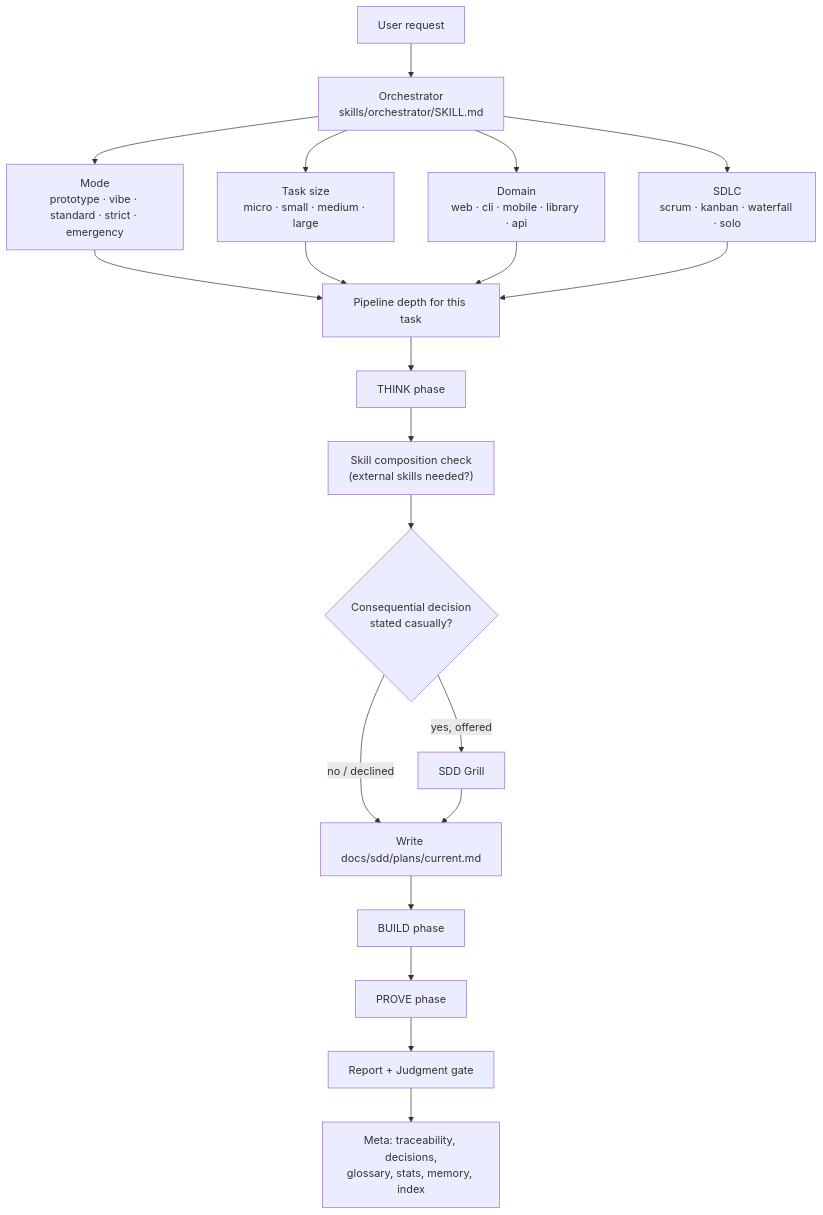
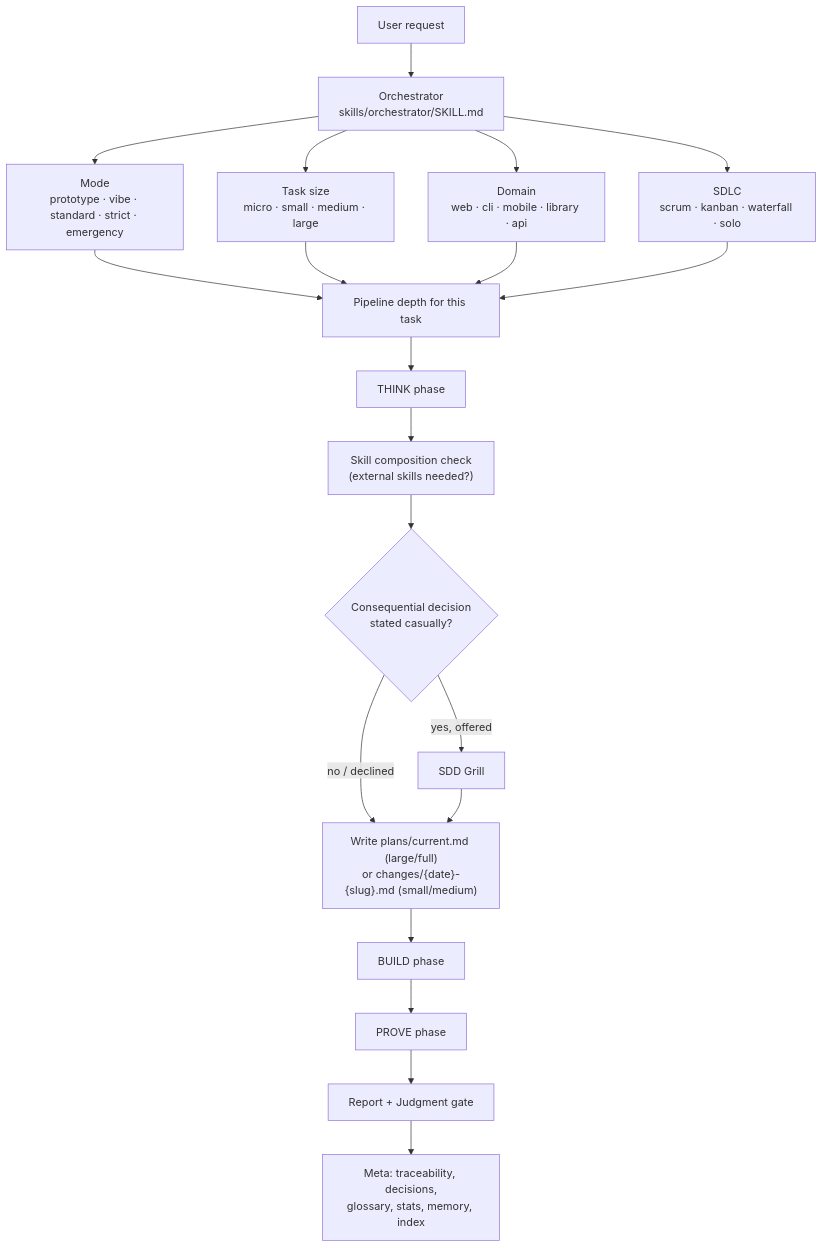
One commit to fprtm/sdd-pipeline changed the second of 14 diagrams in docs/ARCHITECTURE.md. Above: the diagram before and after it, drawn with Mermaid. The commit also changed other lines of this file and 8 other files, not shown here.

````diff
--- a/docs/ARCHITECTURE.md
+++ b/docs/ARCHITECTURE.md
@@ -22,20 +22,20 @@
 ```mermaid
 flowchart TD
     REQ["User request"] --> ORC["Orchestrator\nskills/orchestrator/SKILL.md"]
     ORC --> MODE["Mode\nprototype · vibe · standard · strict · emergency"]
     ORC --> SIZE["Task size\nmicro · small · medium · large"]
     ORC --> DOM["Domain\nweb · cli · mobile · library · api"]
     ORC --> SDLC["SDLC\nscrum · kanban · waterfall · solo"]
 
     MODE & SIZE & DOM & SDLC --> DEPTH["Pipeline depth for this task"]
     DEPTH --> THINK_P["THINK phase"]
     THINK_P --> COMP["Skill composition check\n(external skills needed?)"]
     COMP --> GRILL{"Consequential decision\nstated casually?"}
     GRILL -- yes, offered --> GRILLSKILL["SDD Grill"]
-    GRILL -- no / declined --> PLANFILE["Write docs/sdd/plans/current.md"]
+    GRILL -- no / declined --> PLANFILE["Write plans/current.md (large/full)\nor changes/{date}-{slug}.md (small/medium)"]
     GRILLSKILL --> PLANFILE
     PLANFILE --> BUILD_P["BUILD phase"]
     BUILD_P --> PROVE_P["PROVE phase"]
     PROVE_P --> REPORT["Report + Judgment gate"]
     REPORT --> META["Meta: traceability, decisions,\nglossary, stats, memory, index"]
 ```
````
